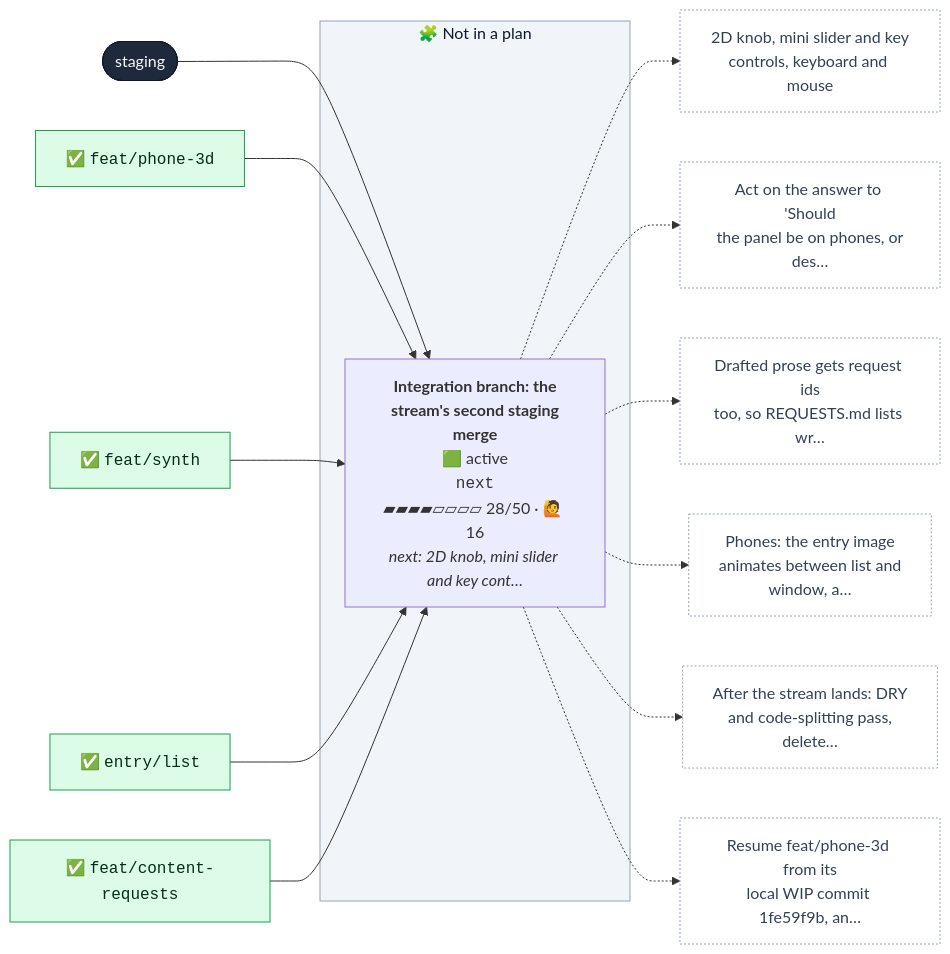
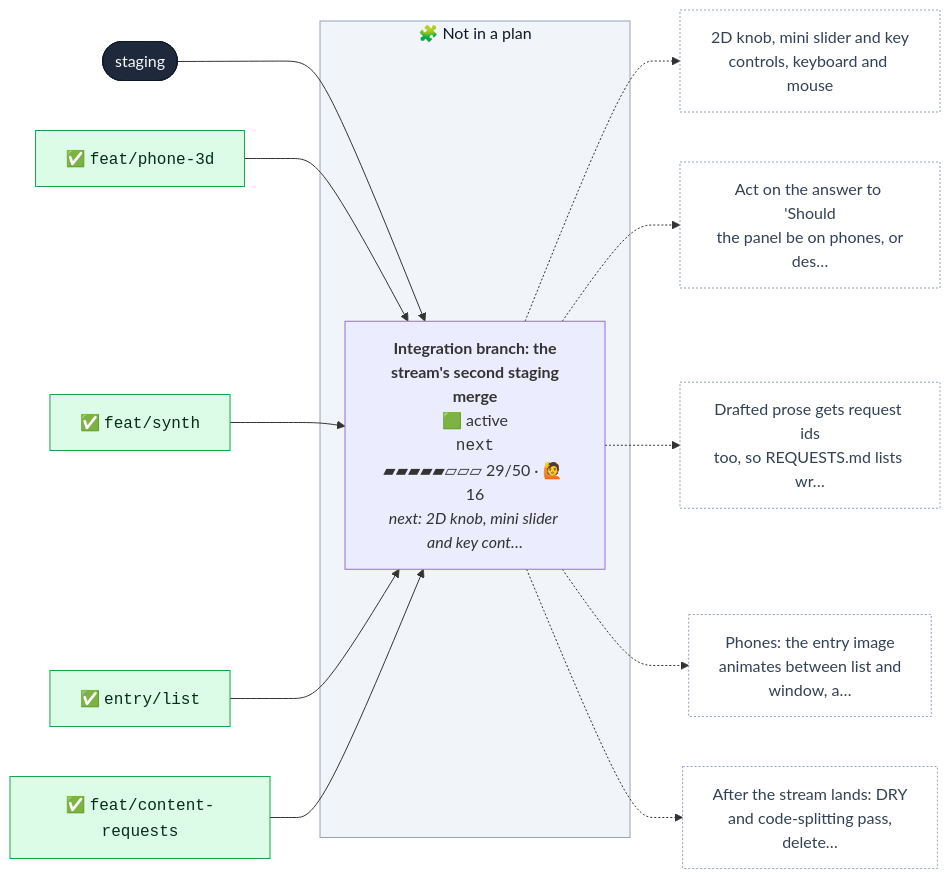
Before and after one commit to henryjonescodes/portfolio: the first of 2 diagrams in CONTRIBUTING.md, drawn with Mermaid. The commit also changed other lines of this file and 1 other file, not shown here.

````diff
--- a/CONTRIBUTING.md
+++ b/CONTRIBUTING.md
@@ -16,50 +16,47 @@
 ```mermaid
 flowchart LR
   n_staging([staging])
   class n_staging trunk
   subgraph loose["🧩 Not in a plan"]
-    n_next["<b>Integration branch: the<br/>stream's second staging<br/>merge</b><br/>🟩 active<br/><code>next</code><br/>▰▰▰▰▱▱▱▱ 28/50 · 🙋 16<br/><i>next: 2D knob, mini slider and key cont…</i>"]
+    n_next["<b>Integration branch: the<br/>stream's second staging<br/>merge</b><br/>🟩 active<br/><code>next</code><br/>▰▰▰▰▰▱▱▱ 29/50 · 🙋 16<br/><i>next: 2D knob, mini slider and key cont…</i>"]
     class n_next active,current
   end
   style loose fill:#f1f5f9,stroke:#94a3b8,color:#0f172a
   n_staging --> n_next
   n_next_m0["✅ <code>feat/phone-3d</code>"]
   class n_next_m0 merged
   n_next_m0 --> n_next
   n_next_m1["✅ <code>feat/synth</code>"]
   class n_next_m1 merged
   n_next_m1 --> n_next
   n_next_m2["✅ <code>entry/list</code>"]
   class n_next_m2 merged
   n_next_m2 --> n_next
   n_next_m3["✅ <code>feat/content-requests</code>"]
   class n_next_m3 merged
   n_next_m3 --> n_next
   n_next_t0["2D knob, mini slider and key<br/>controls, keyboard and mouse"]
   class n_next_t0 todo
   n_next -.-> n_next_t0
   n_next_t1["Act on the answer to 'Should<br/>the panel be on phones, or<br/>des…"]
   class n_next_t1 todo
   n_next -.-> n_next_t1
   n_next_t2["Drafted prose gets request ids<br/>too, so REQUESTS.md lists wr…"]
   class n_next_t2 todo
   n_next -.-> n_next_t2
   n_next_t3["Phones: the entry image<br/>animates between list and<br/>window, a…"]
   class n_next_t3 todo
   n_next -.-> n_next_t3
   n_next_t4["After the stream lands: DRY<br/>and code-splitting pass,<br/>delete…"]
   class n_next_t4 todo
   n_next -.-> n_next_t4
-  n_next_t5["Resume feat/phone-3d from its<br/>local WIP commit 1fe59f9b, an…"]
-  class n_next_t5 todo
-  n_next -.-> n_next_t5
   classDef merged fill:#dcfce7,stroke:#16a34a,color:#052e16
   classDef todo fill:#ffffff,stroke:#94a3b8,stroke-dasharray:2 2,color:#334155
   classDef planned fill:#c7d2fe,stroke:#4f46e5,color:#1e1b4b
   classDef sketched fill:#f8fafc,stroke:#64748b,stroke-dasharray:4 3,color:#334155
   classDef active fill:#bbf7d0,stroke:#16a34a,stroke-width:3px,color:#052e16
   classDef review fill:#fde68a,stroke:#d97706,stroke-width:3px,color:#451a03
   classDef blocked fill:#fecaca,stroke:#dc2626,stroke-width:3px,color:#450a0a
   classDef trunk fill:#1e293b,stroke:#0f172a,color:#f8fafc
   classDef current stroke:#0ea5e9,stroke-width:5px
 ```
````
